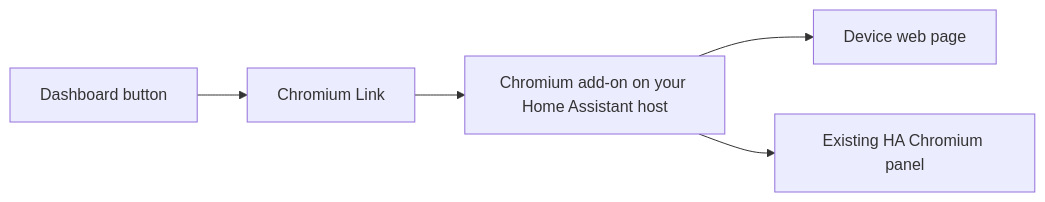
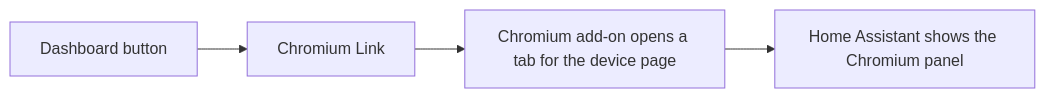
The diagram in README.md (thomasgregg/chromium-link), drawn with Mermaid before and after one commit. The commit also changed other lines of this file, not shown here.

Commit message:
Show Chromium Link as a single launch sequence

````diff
--- a/README.md
+++ b/README.md
@@ -108,7 +108,6 @@
 ```mermaid
 flowchart LR
     A[Dashboard button] --> B[Chromium Link]
-    B --> C[Chromium add-on on your Home Assistant host]
-    C --> D[Device web page]
-    C --> E[Existing HA Chromium panel]
+    B --> C[Chromium add-on opens a tab for the device page]
+    C --> D[Home Assistant shows the Chromium panel]
 ```
````
